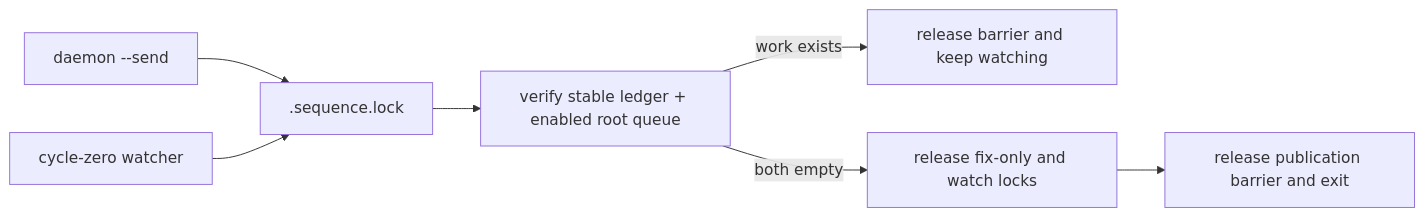
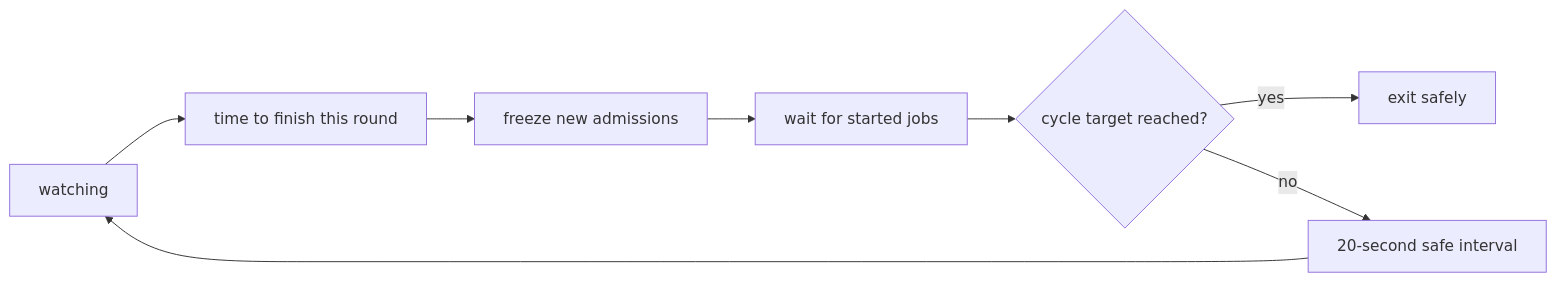
One commit to SBU-COSMOLIKE/emulators_code_v2 changed the fourth of 7 diagrams in ai/README.md. Above: the diagram before and after it, drawn with Mermaid. The commit also changed other lines of this file and 1 other file, not shown here.

````diff
--- a/ai/README.md
+++ b/ai/README.md
@@ -627,9 +630,10 @@
 ```mermaid
 flowchart LR
-  Sender["daemon --send"] --> SequenceLock[".sequence.lock"]
-  Watcher["cycle-zero watcher"] --> SequenceLock
-  SequenceLock --> Verify["verify stable ledger + enabled root queue"]
-  Verify -->|"work exists"| Continue["release barrier and keep watching"]
-  Verify -->|"both empty"| ReleaseWatch["release fix-only and watch locks"]
-  ReleaseWatch --> ReleaseBarrier["release publication barrier and exit"]
+  W["watching"] --> R["time to finish this round"]
+  R --> F["freeze new admissions"]
+  F --> D["wait for started jobs"]
+  D --> C{"cycle target reached?"}
+  C -->|"yes"| X["exit safely"]
+  C -->|"no"| S["20-second safe interval"]
+  S --> W
 ```
````
